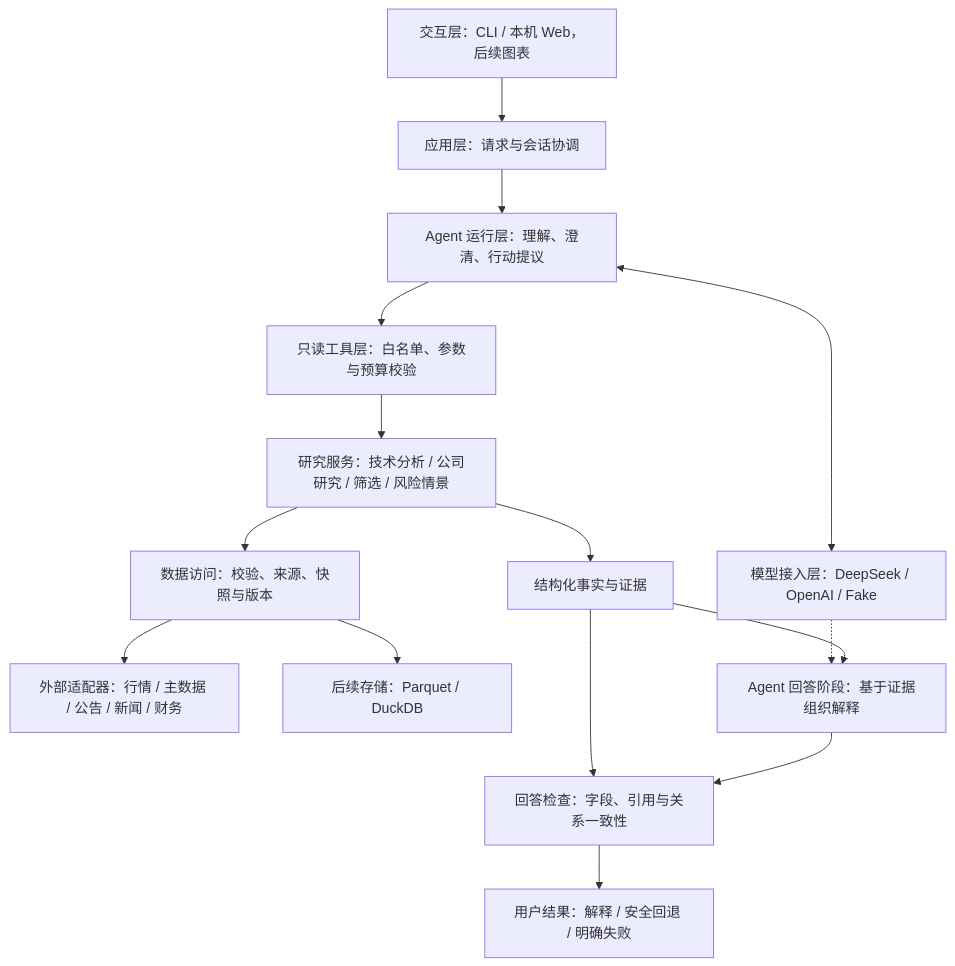
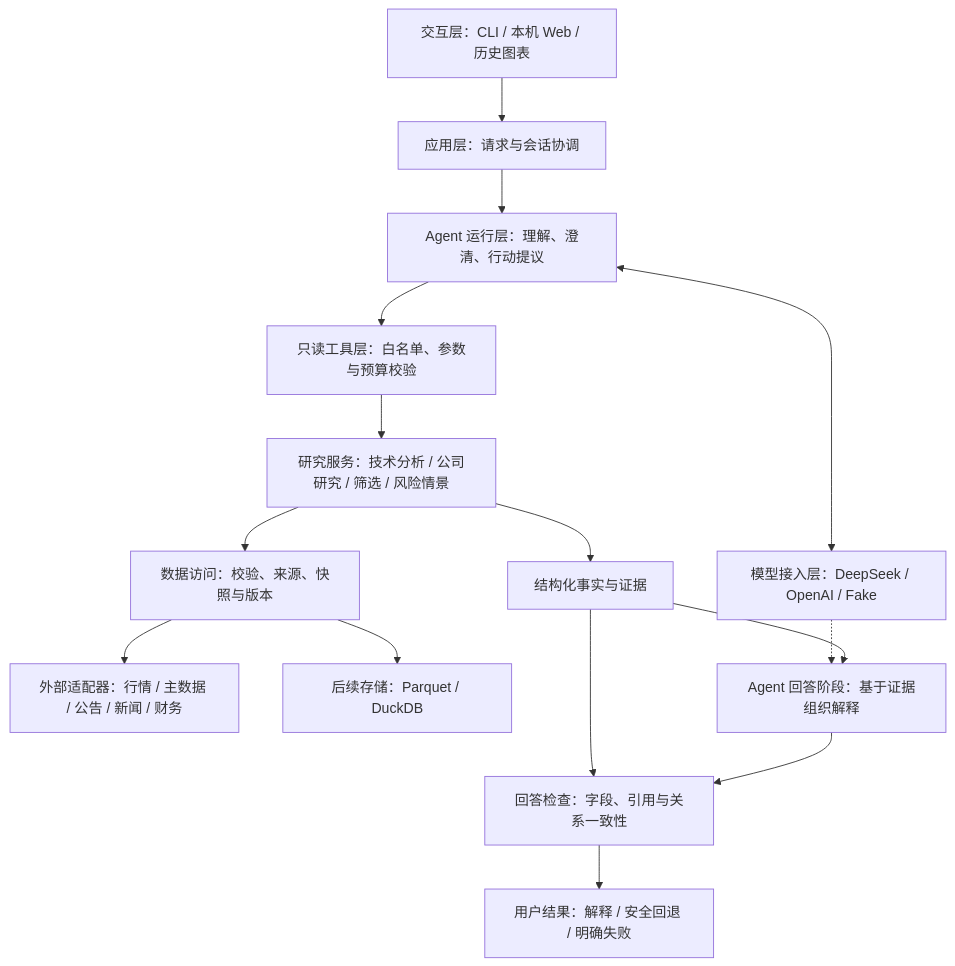
Before and after one commit to HK0281/Trading-Companion: the diagram in docs/architecture.md, drawn with Mermaid. The commit also changed other lines of this file and 21 other files, not shown here.

Commit message:
feat: add request-bound historical chart workspace

````diff
--- a/docs/architecture.md
+++ b/docs/architecture.md
@@ -88,17 +89,17 @@
 ```mermaid
 flowchart TD
-    Entry["交互层：CLI / 本机 Web，后续图表"] --> App["应用层：请求与会话协调"]
+    Entry["交互层：CLI / 本机 Web / 历史图表"] --> App["应用层：请求与会话协调"]
     App --> Agent["Agent 运行层：理解、澄清、行动提议"]
     Agent <--> Models["模型接入层：DeepSeek / OpenAI / Fake"]
     Agent --> Tools["只读工具层：白名单、参数与预算校验"]
     Tools --> Research["研究服务：技术分析 / 公司研究 / 筛选 / 风险情景"]
     Research --> Data["数据访问：校验、来源、快照与版本"]
     Data --> Providers["外部适配器：行情 / 主数据 / 公告 / 新闻 / 财务"]
     Data --> Storage["后续存储：Parquet / DuckDB"]
     Research --> Facts["结构化事实与证据"]
     Facts --> Explain["Agent 回答阶段：基于证据组织解释"]
     Models -.-> Explain
     Explain --> Check["回答检查：字段、引用与关系一致性"]
     Facts --> Check
     Check --> Output["用户结果：解释 / 安全回退 / 明确失败"]
 ```
````
